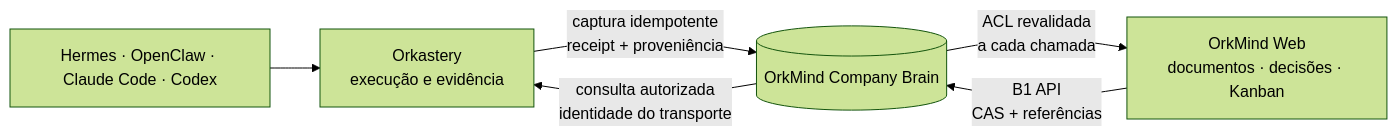
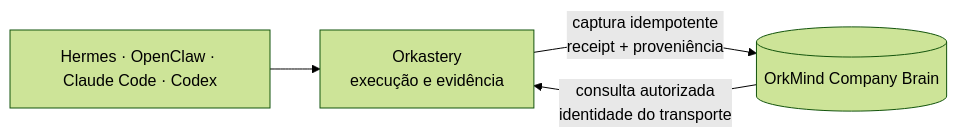
One commit to orkastery/orkastery changed the fourth of 4 diagrams in docs/conceitos/arquitetura.md. Above: the diagram before and after it, drawn with Mermaid (forest theme). The commit also changed other lines of this file and 3 other files, not shown here.

First line of the commit message:
docs(ork-semorkmindwe): sem OrkMind Web, sem Orkastery Web e sem a pronuncia do nome

````diff
--- a/docs/conceitos/arquitetura.md
+++ b/docs/conceitos/arquitetura.md
@@ -287,8 +287,6 @@
 ```mermaid
 flowchart LR
     H["Hermes · OpenClaw · Claude Code · Codex"] --> O["Orkastery\nexecução e evidência"]
     O -->|"captura idempotente\nreceipt + proveniência"| B[("OrkMind Company Brain")]
     B -->|"consulta autorizada\nidentidade do transporte"| O
-    W["OrkMind Web\ndocumentos · decisões · Kanban"] -->|"B1 API\nCAS + referências"| B
-    B -->|"ACL revalidada\na cada chamada"| W
 ```
````
